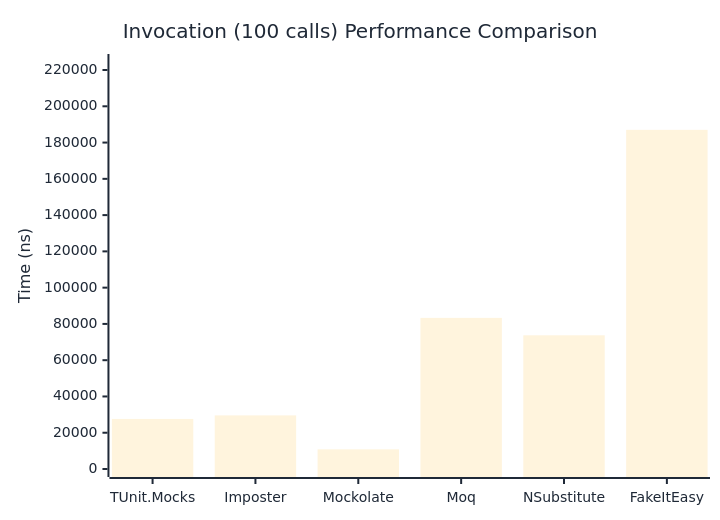
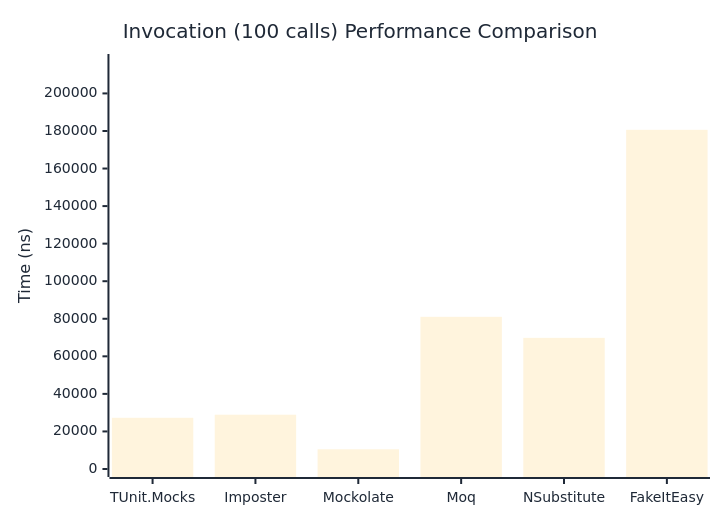
The third of 3 diagrams in docs/docs/benchmarks/mocks/Invocation.md (thomhurst/TUnit), drawn with Mermaid before and after one commit. The commit also changed other lines of this file and 14 other files, not shown here.

````diff
--- a/docs/docs/benchmarks/mocks/Invocation.md
+++ b/docs/docs/benchmarks/mocks/Invocation.md
@@ -112,27 +112,27 @@
 ```mermaid
 %%{init: {
   'theme':'base',
   'themeVariables': {
     'primaryColor': '#2563eb',
     'primaryTextColor': '#1f2937',
     'primaryBorderColor': '#1e40af',
     'lineColor': '#6b7280',
     'secondaryColor': '#7c3aed',
     'tertiaryColor': '#dc2626',
     'background': '#ffffff',
     'pie1': '#2563eb',
     'pie2': '#7c3aed',
     'pie3': '#dc2626',
     'pie4': '#f59e0b',
     'pie5': '#10b981',
     'pie6': '#06b6d4',
     'pie7': '#ec4899',
     'pie8': '#6366f1'
   }
 }}%%
 xychart-beta
   title "Invocation (100 calls) Performance Comparison"
   x-axis ["TUnit.Mocks", "Imposter", "Mockolate", "Moq", "NSubstitute", "FakeItEasy"]
-  y-axis "Time (ns)" 0 --> 224426
-  bar [27607.94, 29556.93, 10839.91, 83335.71, 73719.05, 187021.19]
+  y-axis "Time (ns)" 0 --> 216732
+  bar [27271.6, 28912.2, 10501.8, 81033.1, 69833.7, 180610]
 ```
````
